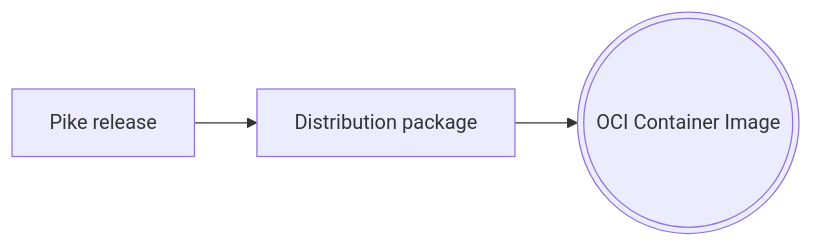
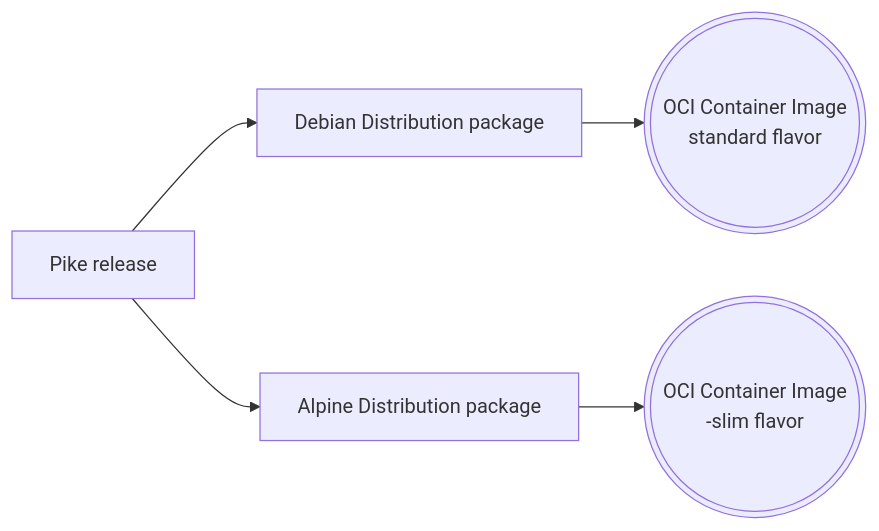
Before and after one commit to pikelang/pike-docker: the diagram in README.md, drawn with Mermaid.

Commit message:
Updated flowchart to reflect standard / slim image flavors

````diff
--- a/README.md
+++ b/README.md
@@ -7,4 +7,5 @@
 ```mermaid
 graph LR
-P[Pike release] --> D[Distribution package] --> I(((OCI Container Image)))
+P[Pike release] --> D[Debian Distribution package] --> I(((OCI Container Image\nstandard flavor )))
+P[Pike release] --> A[Alpine Distribution package] --> Islim(((OCI Container Image\n-slim flavor )))
 ```
````
